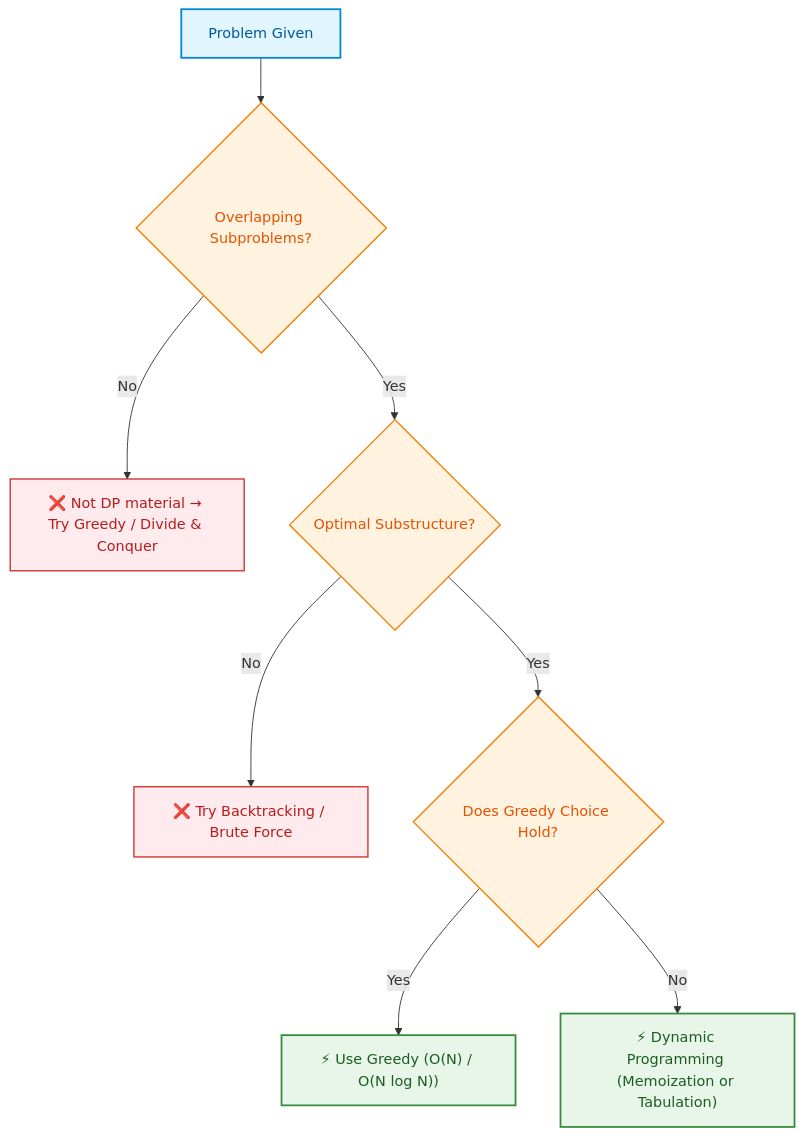
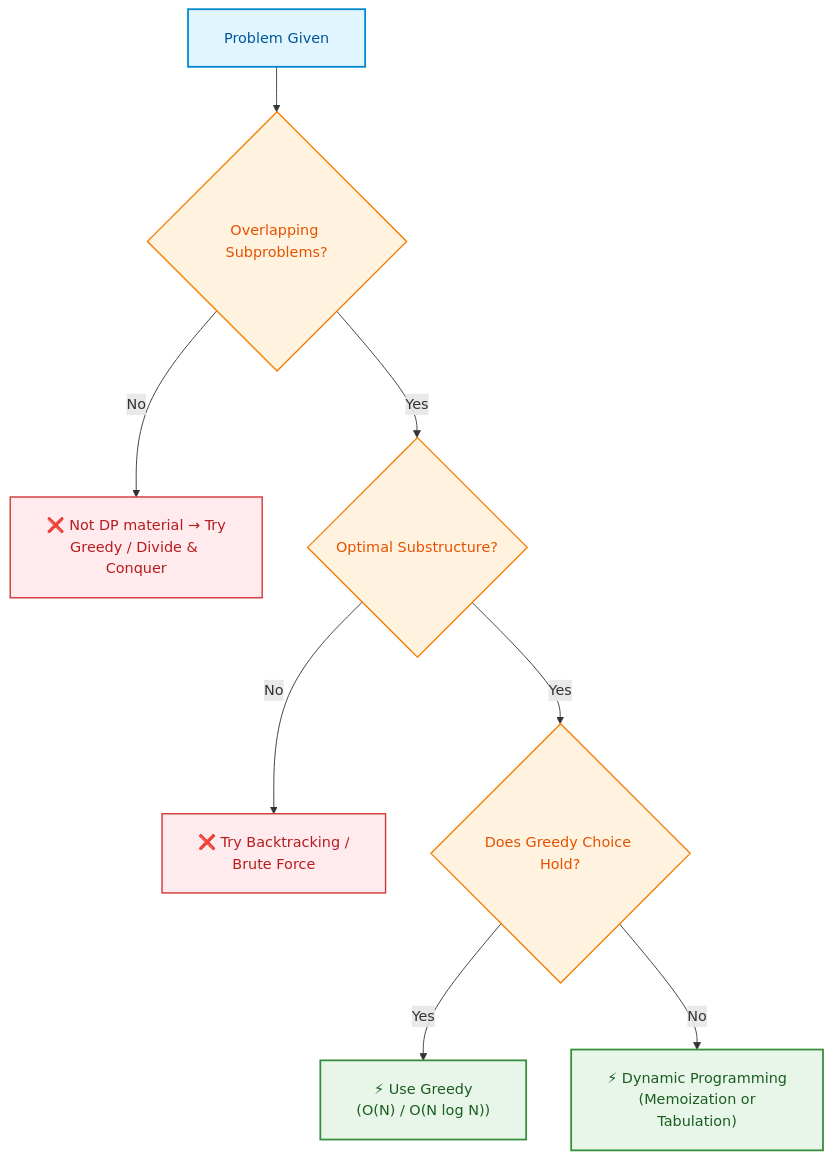
One commit to dip4k/DSA_102 changed the first of 6 diagrams in week_10_dynamic_programming_i_fundamentals/Week_10_Visual_Concepts_Playbook_HYBRID.md. Above: the diagram before and after it, drawn with Mermaid. The commit also changed other lines of this file and 108 other files, not shown here.

First line of the commit message:
fix(mermaid): resolve diagram clipping, padding, and syntax issues across repo

````diff
--- a/week_10_dynamic_programming_i_fundamentals/Week_10_Visual_Concepts_Playbook_HYBRID.md
+++ b/week_10_dynamic_programming_i_fundamentals/Week_10_Visual_Concepts_Playbook_HYBRID.md
@@ -58,16 +58,17 @@
 ```mermaid
+%%{init: {"flowchart": {"htmlLabels": true, "padding": 20}}}%%
 flowchart TD
     classDef start fill:#e1f5fe,stroke:#0288d1,color:#01579b,stroke-width:2px;
     classDef test fill:#fff3e0,stroke:#f57c00,color:#e65100,stroke-width:1.5px;
     classDef result fill:#e8f5e9,stroke:#388e3c,color:#1b5e20,stroke-width:2px;
     classDef no fill:#ffebee,stroke:#d32f2f,color:#b71c1c,stroke-width:1.5px;
 
     R["Problem Given"]:::start
     R --> T1{"Overlapping Subproblems?"}:::test
-    T1 -->|No| N1["❌ Not DP material → Try Greedy / Divide & Conquer"]:::no
+    T1 -->|No| N1["❌ Not DP material → Try<br/>Greedy / Divide & Conquer"]:::no
     T1 -->|Yes| T2{"Optimal Substructure?"}:::test
-    T2 -->|No| N2["❌ Try Backtracking / Brute Force"]:::no
+    T2 -->|No| N2["❌ Try Backtracking /<br/>Brute Force"]:::no
     T2 -->|Yes| T3{"Does Greedy Choice Hold?"}:::test
-    T3 -->|Yes| N3["⚡ Use Greedy (O(N) / O(N log N))"]:::result
-    T3 -->|No| DP["⚡ Dynamic Programming (Memoization or Tabulation)"]:::result
+    T3 -->|Yes| N3["⚡ Use Greedy<br/>(O(N) / O(N log N))"]:::result
+    T3 -->|No| DP["⚡ Dynamic Programming<br/>(Memoization or<br/>Tabulation)"]:::result
 ```
````
